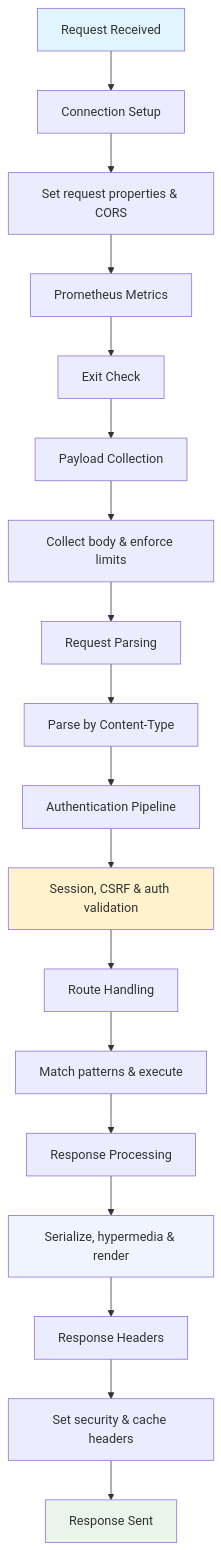
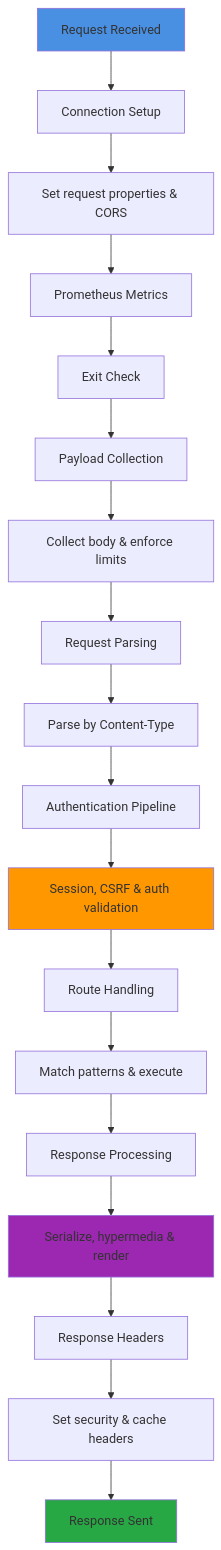
Before and after one commit to avoidwork/tenso: the third of 3 diagrams in docs/TECHNICAL_OVERVIEW.md, drawn with Mermaid.

Commit message:
Fixing a mermaid chart, WCAG

````diff
--- a/docs/TECHNICAL_OVERVIEW.md
+++ b/docs/TECHNICAL_OVERVIEW.md
@@ -602,25 +602,25 @@
 ```mermaid
 graph TD
     A["Request Received"] --> B["Connection Setup"]
     B --> B1["Set request properties & CORS"]
     B1 --> C["Prometheus Metrics"]
     C --> D["Exit Check"]
     D --> E["Payload Collection"]
     E --> E1["Collect body & enforce limits"]
     E1 --> F["Request Parsing"]
     F --> F1["Parse by Content-Type"]
     F1 --> G["Authentication Pipeline"]
     G --> G1["Session, CSRF & auth validation"]
     G1 --> H["Route Handling"]
     H --> H1["Match patterns & execute"]
     H1 --> I["Response Processing"]
     I --> I1["Serialize, hypermedia & render"]
     I1 --> J["Response Headers"]
     J --> J1["Set security & cache headers"]
     J1 --> K["Response Sent"]
     
-    style A fill:#e1f5fe
-    style K fill:#e8f5e8
-    style G1 fill:#fff2cc
-    style I1 fill:#f0f4ff
+    style A fill:#4a90e2
+    style K fill:#28a745
+    style G1 fill:#ff9800
+    style I1 fill:#9c27b0
 ```
````
